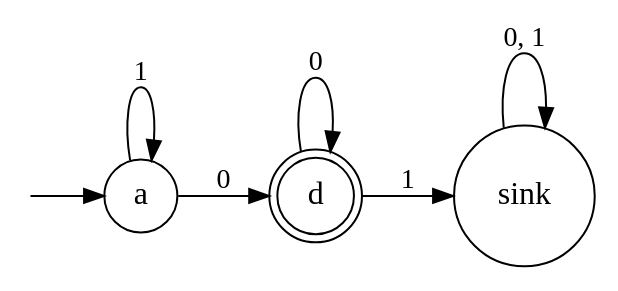
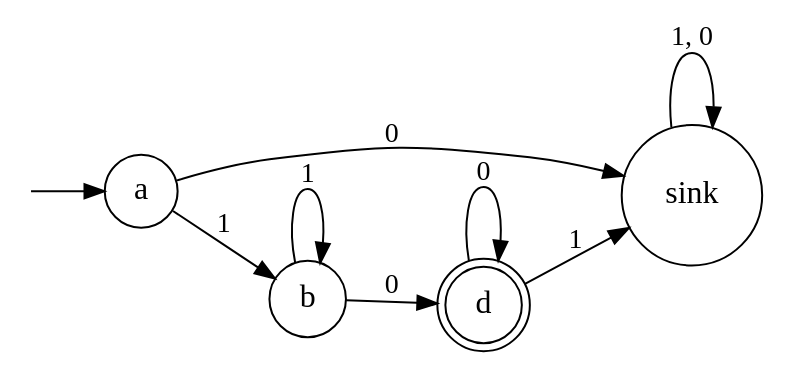
The diagram in resources/auto2_minimized2_comp.dot (amowy/automaton), drawn with Graphviz before and after one commit. The commit also changed 4 other files, not shown here.

```diff
--- a/resources/auto2_minimized2_comp.dot
+++ b/resources/auto2_minimized2_comp.dot
@@ -1,18 +1,20 @@
 digraph G {
     ranksep=0.5;
     nodesep=0.5;
     rankdir=LR;
     node [shape="circle", fontsize="16"];
     fontsize="10";
     compound=true;
 
     ia [shape=point, style=invis];
     d [shape=doublecircle];
 
     ia -> a;
-    a -> d [label="0"];
-    a -> a [label="1"];
     d -> sink [label="1"];
+    b -> d [label="0"];
+    sink -> sink [label="1, 0"];
+    a -> sink [label="0"];
+    a -> b [label="1"];
+    b -> b [label="1"];
     d -> d [label="0"];
-    sink -> sink [label="0, 1"];
 }
```
